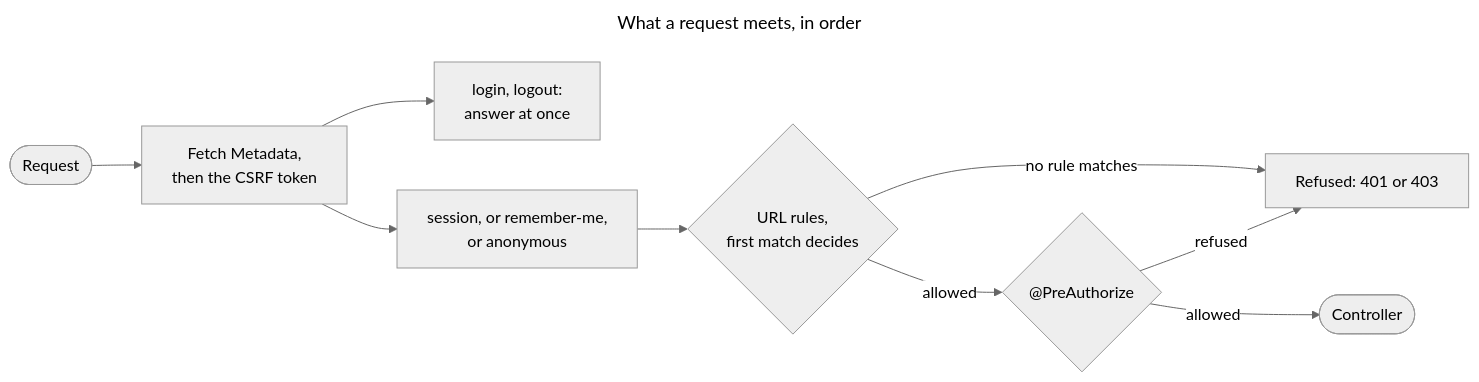
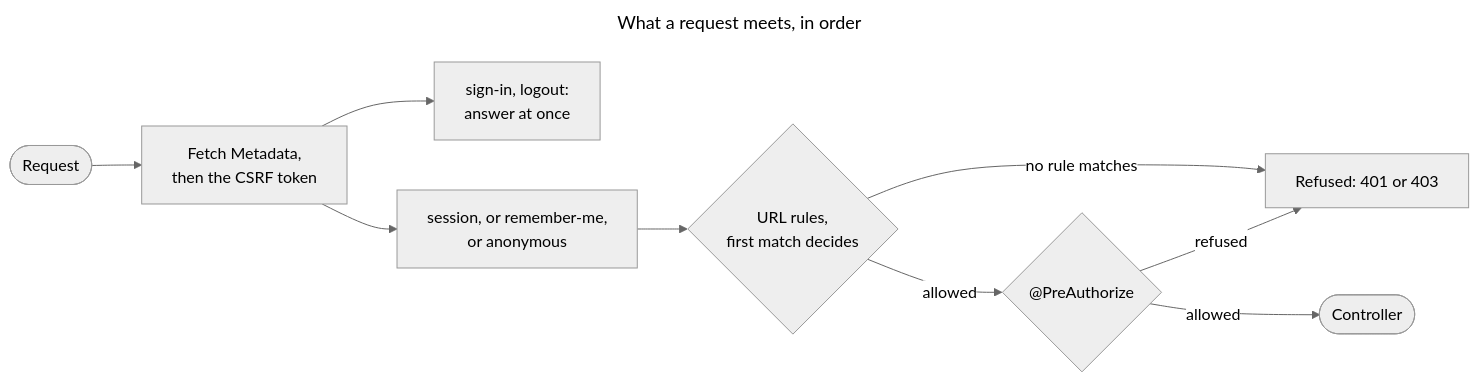
The third of 8 diagrams in docs/src/engineering/security/principles.md (mboisnard/drinkit), drawn with Mermaid (neutral theme) before and after one commit. The commit also changed other lines of this file and 13 other files, not shown here.

````diff
--- a/docs/src/engineering/security/principles.md
+++ b/docs/src/engineering/security/principles.md
@@ -107,14 +118,14 @@
 ```mermaid
 ---
 title: What a request meets, in order
 ---
 flowchart LR
   request([Request]) --> forgery["Fetch Metadata,<br/>then the CSRF token"]
-  forgery --> starterEndpoints["login, logout:<br/>answer at once"]
+  forgery --> starterEndpoints["sign-in, logout:<br/>answer at once"]
   forgery --> identify["session, or remember-me,<br/>or anonymous"]
   identify --> url{"URL rules,<br/>first match decides"}
   url -- "no rule matches" --> refused["Refused: 401 or 403"]
   url -- allowed --> method{"@PreAuthorize"}
   method -- refused --> refused
   method -- allowed --> controller([Controller])
 ```
````
